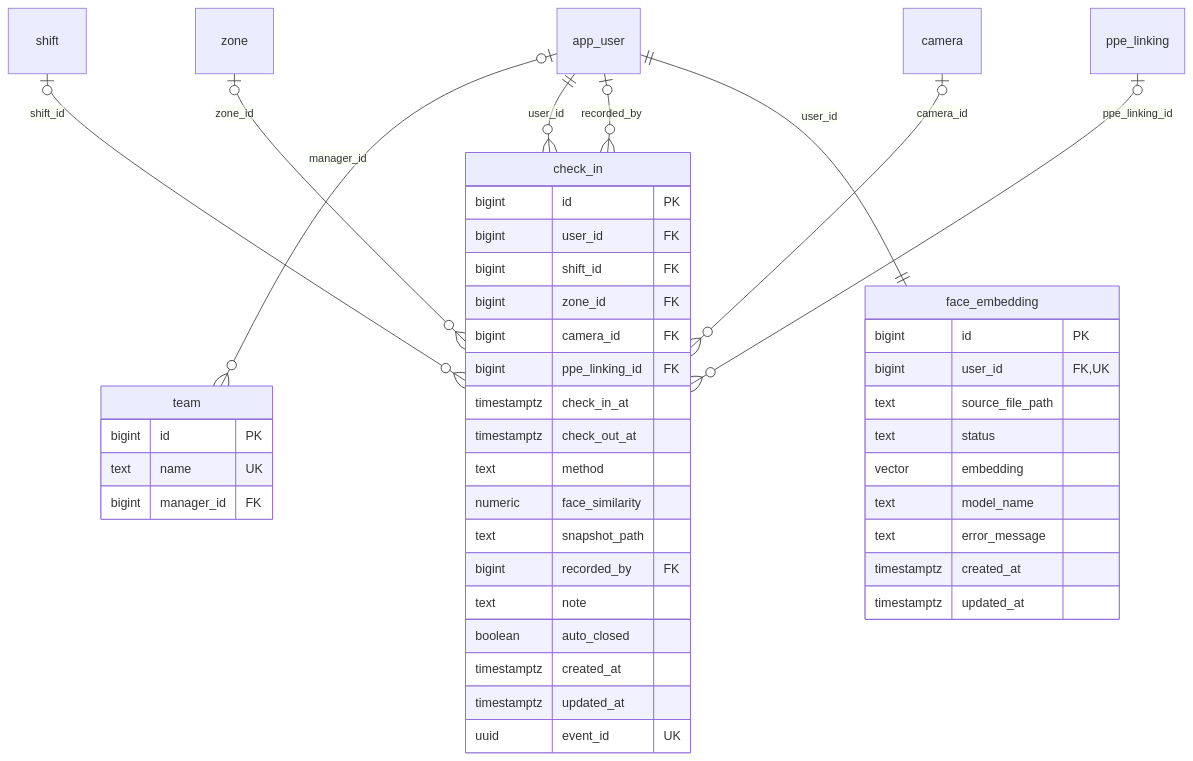
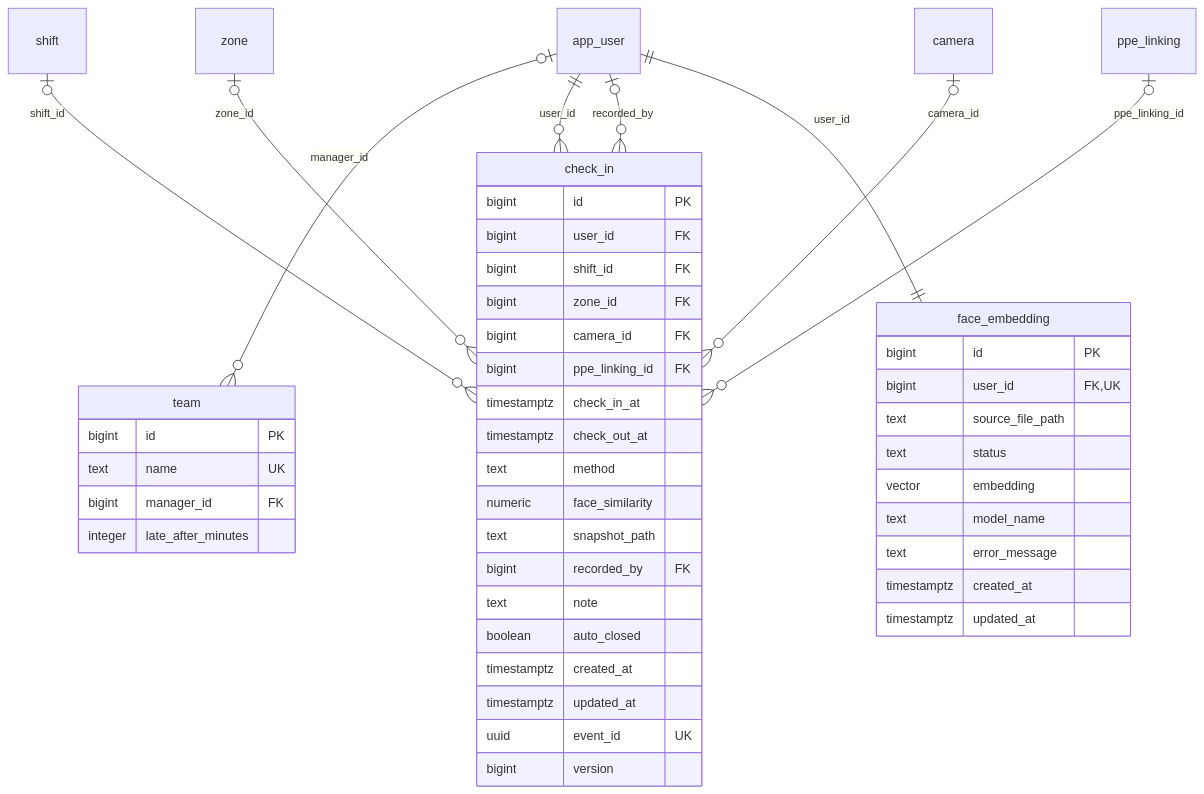
Before and after one commit to OwOchiii/steelsight_erp: the third of 6 diagrams in docs/database-design.md, drawn with Mermaid. The commit also changed other lines of this file and 43 other files, not shown here.

````diff
--- a/docs/database-design.md
+++ b/docs/database-design.md
@@ -153,46 +153,48 @@
 ```mermaid
 erDiagram
     app_user |o--o{ team : "manager_id"
     app_user ||--o{ check_in : "user_id"
     shift |o--o{ check_in : "shift_id"
     zone |o--o{ check_in : "zone_id"
     camera |o--o{ check_in : "camera_id"
     ppe_linking |o--o{ check_in : "ppe_linking_id"
     app_user |o--o{ check_in : "recorded_by"
     app_user ||--|| face_embedding : "user_id"
     team {
         bigint id PK
         text name UK
         bigint manager_id FK
+        integer late_after_minutes
     }
     check_in {
         bigint id PK
         bigint user_id FK
         bigint shift_id FK
         bigint zone_id FK
         bigint camera_id FK
         bigint ppe_linking_id FK
         timestamptz check_in_at
         timestamptz check_out_at
         text method
         numeric face_similarity
         text snapshot_path
         bigint recorded_by FK
         text note
         boolean auto_closed
         timestamptz created_at
         timestamptz updated_at
         uuid event_id UK
+        bigint version
     }
     face_embedding {
         bigint id PK
         bigint user_id FK,UK
         text source_file_path
         text status
         vector embedding
         text model_name
         text error_message
         timestamptz created_at
         timestamptz updated_at
     }
 ```
````
